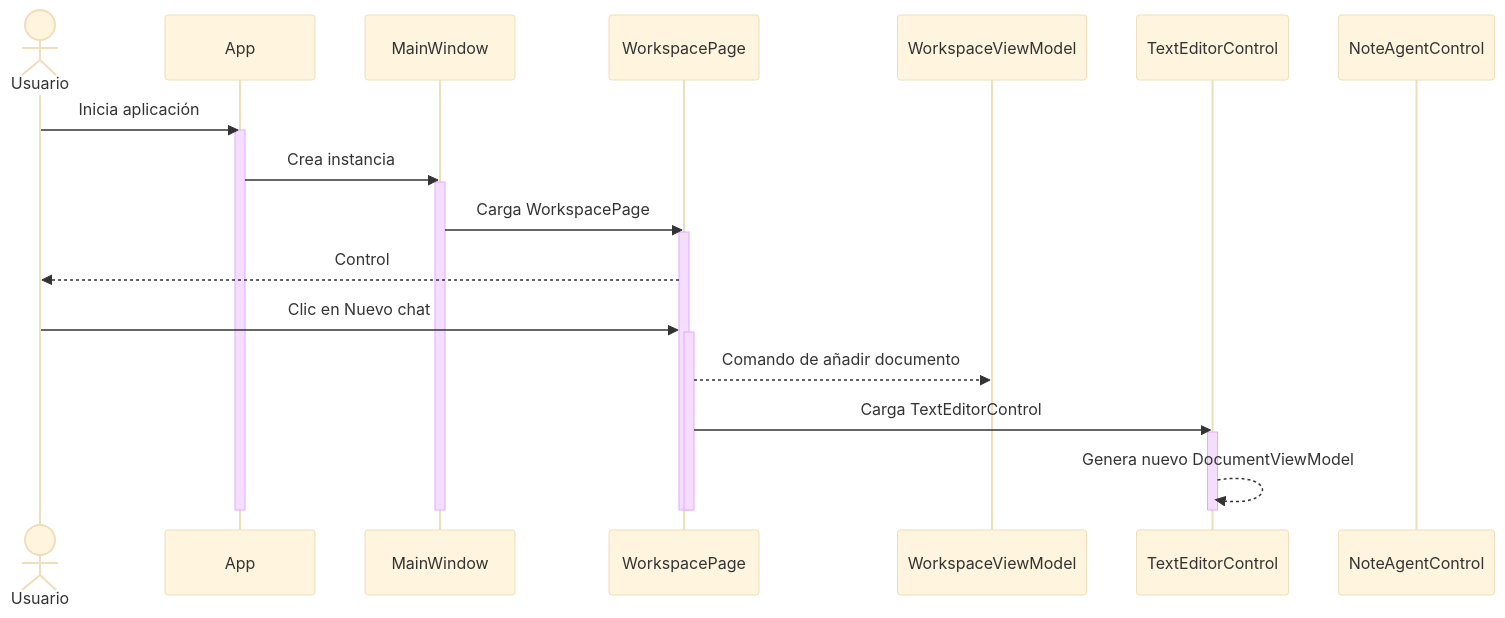
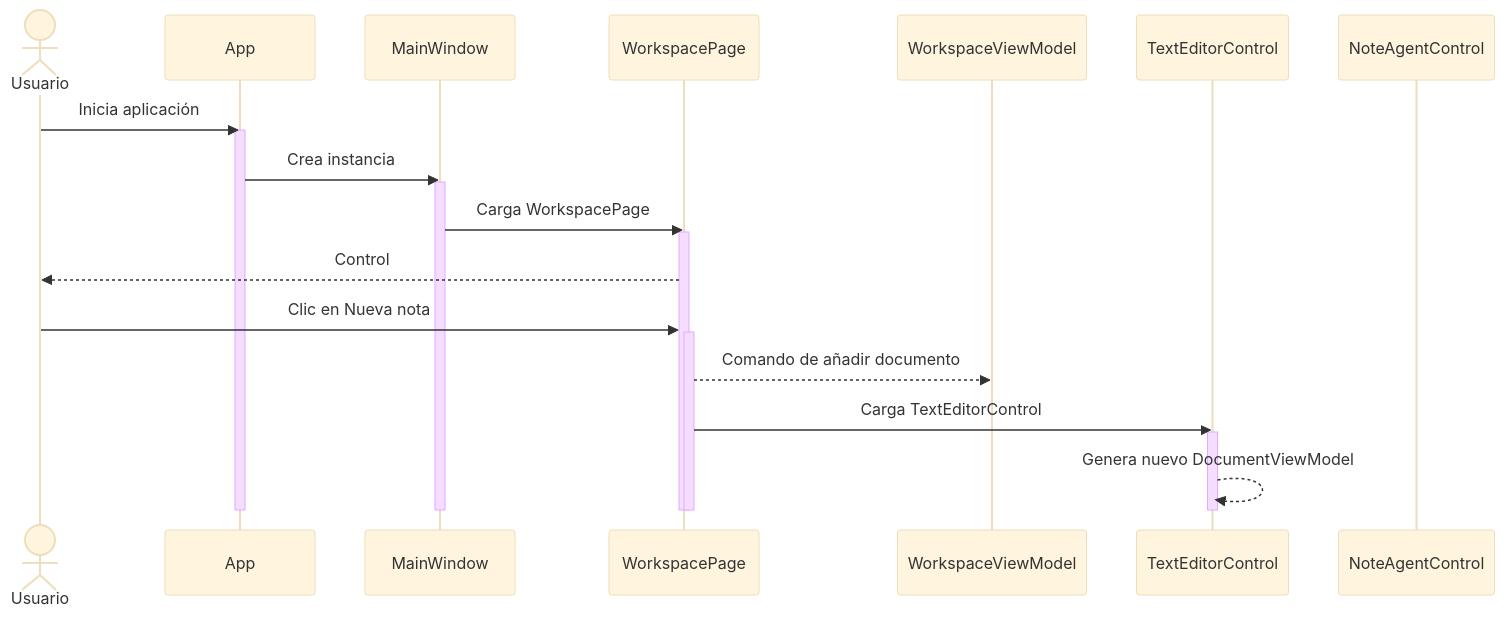
One commit to bcgrillo/powerpad changed diagram 12 of 17 in Wiki/05. Ejemplos de uso y flujos de trabajo.md. Above: the diagram before and after it, drawn with Mermaid (base theme). The commit also changed other lines of this file and 5 other files, not shown here.

````diff
--- a/Wiki/05. Ejemplos de uso y flujos de trabajo.md
+++ b/Wiki/05. Ejemplos de uso y flujos de trabajo.md
@@ -876,31 +876,31 @@
 ```mermaid
 sequenceDiagram
     actor U as Usuario
     participant A as App
     participant M as MainWindow
     participant WP as WorkspacePage
     participant WV as WorkspaceViewModel
     participant TEC as TextEditorControl
     participant CC as NoteAgentControl
 
     U->>A: Inicia aplicación
     activate A
     A->>M: Crea instancia
     activate M
     M->>WP: Carga WorkspacePage
     activate WP
     WP-->>U: Control
 
-    U->>WP: Clic en Nuevo chat
+    U->>WP: Clic en Nueva nota
     activate WP
     WP-->>WV: Comando de añadir documento
     WP->>TEC: Carga TextEditorControl
     activate TEC
     TEC-->>TEC: Genera nuevo DocumentViewModel
 
     deactivate WP
     deactivate TEC
     deactivate WP
     deactivate M
     deactivate A
 ```
````
